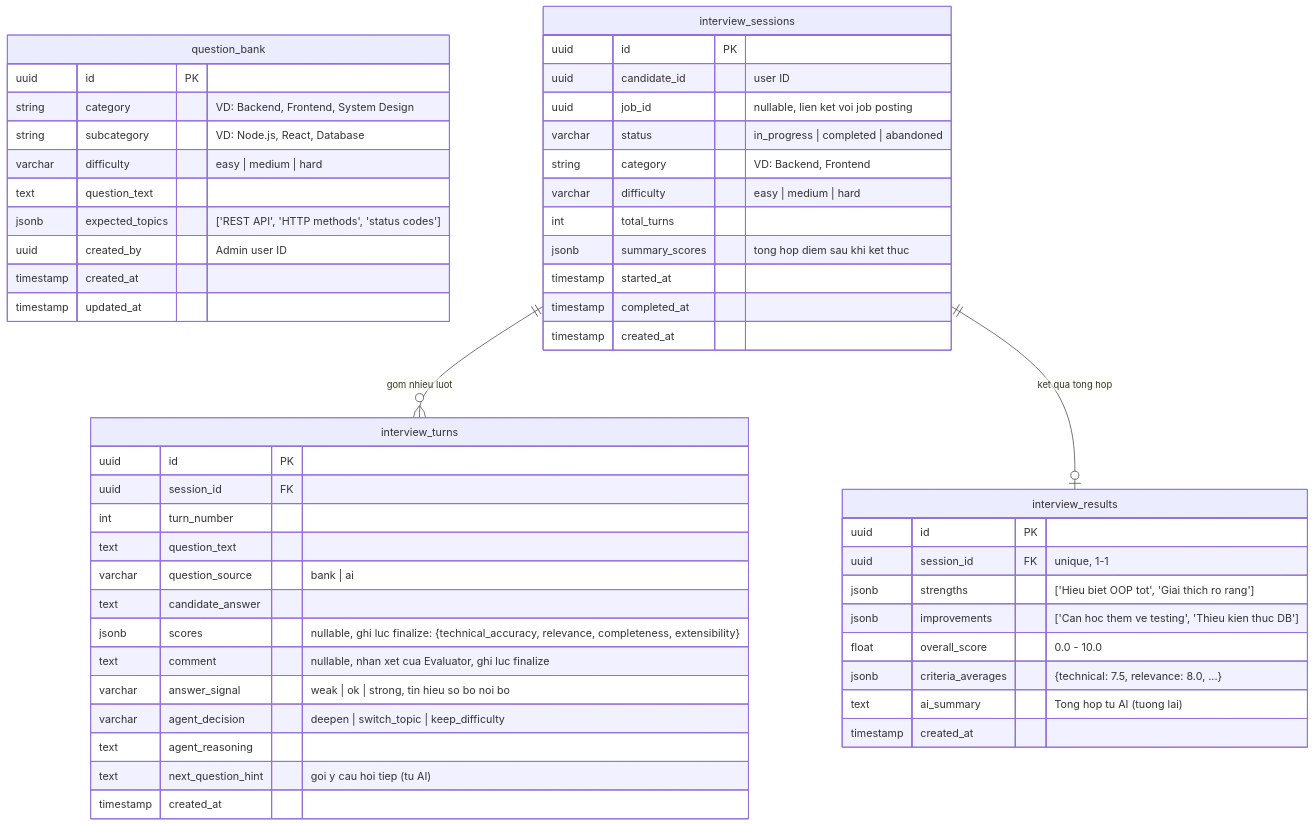
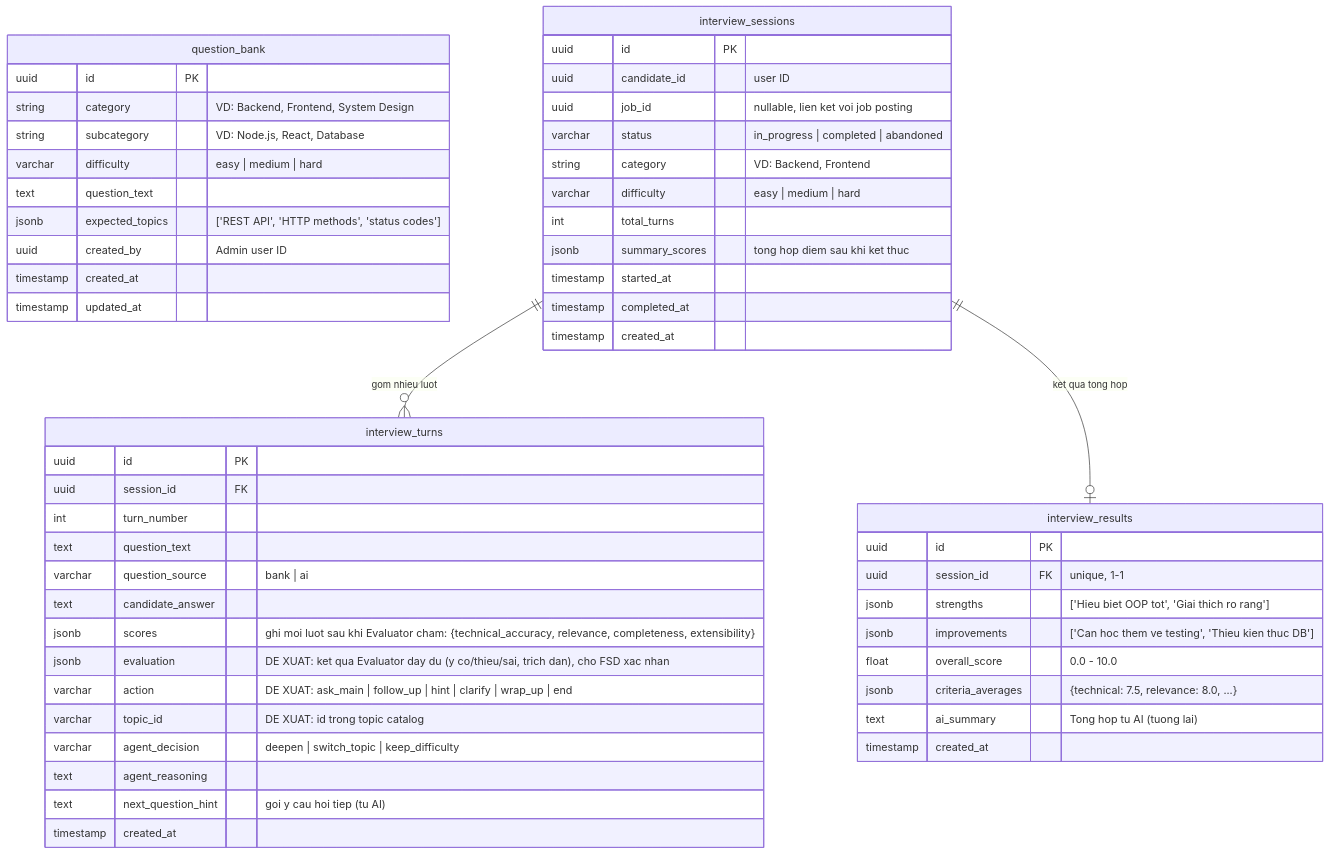
Before and after one commit to minhtuann1102/ai-recruitment-platform: the third of 5 diagrams in docs/architecture/data-model.md, drawn with Mermaid. The commit also changed other lines of this file and 6 other files, not shown here.

````diff
--- a/docs/architecture/data-model.md
+++ b/docs/architecture/data-model.md
@@ -166,58 +166,59 @@
 ```mermaid
 erDiagram
     question_bank {
         uuid id PK
         string category "VD: Backend, Frontend, System Design"
         string subcategory "VD: Node.js, React, Database"
         varchar difficulty "easy | medium | hard"
         text question_text
         jsonb expected_topics "['REST API', 'HTTP methods', 'status codes']"
         uuid created_by "Admin user ID"
         timestamp created_at
         timestamp updated_at
     }
 
     interview_sessions {
         uuid id PK
         uuid candidate_id "user ID"
         uuid job_id "nullable, lien ket voi job posting"
         varchar status "in_progress | completed | abandoned"
         string category "VD: Backend, Frontend"
         varchar difficulty "easy | medium | hard"
         int total_turns
         jsonb summary_scores "tong hop diem sau khi ket thuc"
         timestamp started_at
         timestamp completed_at
         timestamp created_at
     }
 
     interview_turns {
         uuid id PK
         uuid session_id FK
         int turn_number
         text question_text
         varchar question_source "bank | ai"
         text candidate_answer
-        jsonb scores "nullable, ghi luc finalize: {technical_accuracy, relevance, completeness, extensibility}"
-        text comment "nullable, nhan xet cua Evaluator, ghi luc finalize"
-        varchar answer_signal "weak | ok | strong, tin hieu so bo noi bo"
+        jsonb scores "ghi moi luot sau khi Evaluator cham: {technical_accuracy, relevance, completeness, extensibility}"
+        jsonb evaluation "DE XUAT: ket qua Evaluator day du (y co/thieu/sai, trich dan), cho FSD xac nhan"
+        varchar action "DE XUAT: ask_main | follow_up | hint | clarify | wrap_up | end"
+        varchar topic_id "DE XUAT: id trong topic catalog"
         varchar agent_decision "deepen | switch_topic | keep_difficulty"
         text agent_reasoning
         text next_question_hint "goi y cau hoi tiep (tu AI)"
         timestamp created_at
     }
 
     interview_results {
         uuid id PK
         uuid session_id FK "unique, 1-1"
         jsonb strengths "['Hieu biet OOP tot', 'Giai thich ro rang']"
         jsonb improvements "['Can hoc them ve testing', 'Thieu kien thuc DB']"
         float overall_score "0.0 - 10.0"
         jsonb criteria_averages "{technical: 7.5, relevance: 8.0, ...}"
         text ai_summary "Tong hop tu AI (tuong lai)"
         timestamp created_at
     }
 
     interview_sessions ||--o{ interview_turns : "gom nhieu luot"
     interview_sessions ||--o| interview_results : "ket qua tong hop"
 ```
````
